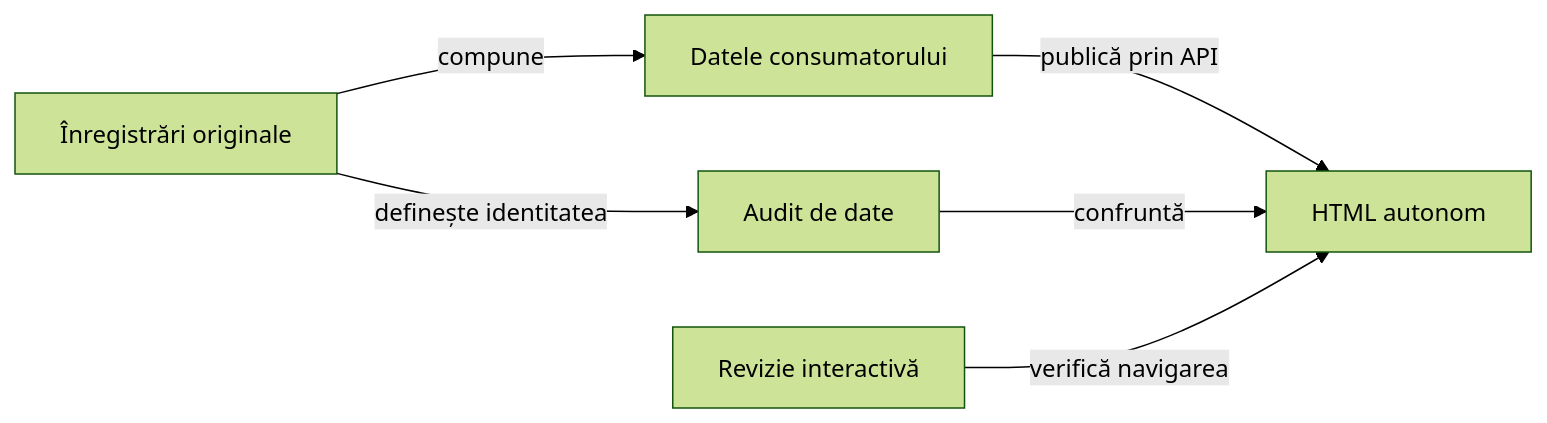
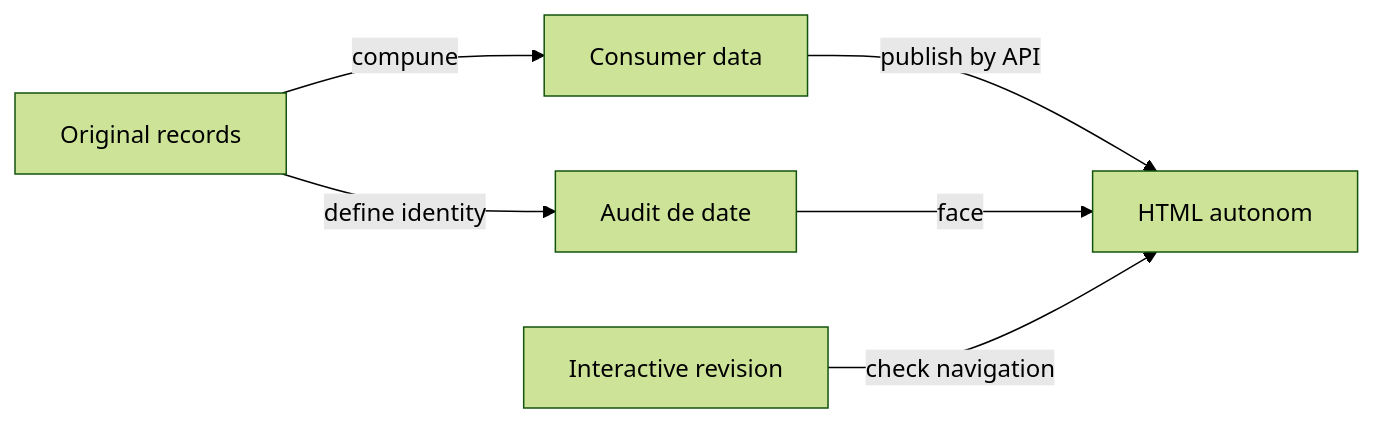
The first of 2 diagrams in docs/reporting/ATF_Audit.md (crististefanita/atf_j4), drawn with Mermaid (forest theme) before and after one commit. The commit also changed other lines of this file and 122 other files, not shown here.

````diff
--- a/docs/reporting/ATF_Audit.md
+++ b/docs/reporting/ATF_Audit.md
@@ -9,8 +9,8 @@
 ```mermaid
 flowchart LR
-    RECEIPT[Înregistrări originale] -->|compune| INPUT[Datele consumatorului]
-    INPUT -->|publică prin API| HTML[HTML autonom]
-    RECEIPT -->|definește identitatea| DATA[Audit de date]
-    DATA -->|confruntă| HTML
-    BROWSER[Revizie interactivă] -->|verifică navigarea| HTML
+    RECEIPT[Original records] -->|compune| INPUT[Consumer data]
+    INPUT -->|publish by API| HTML[HTML autonom]
+    RECEIPT -->|define identity| DATA[Audit de date]
+    DATA -->|face| HTML
+    BROWSER[Interactive revision] -->|check navigation| HTML
 ```
````
